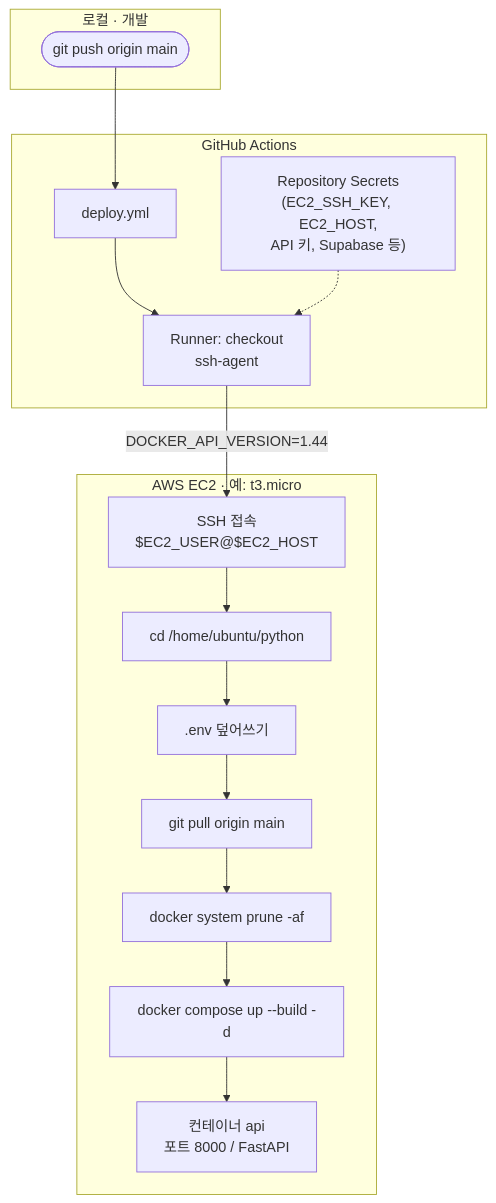
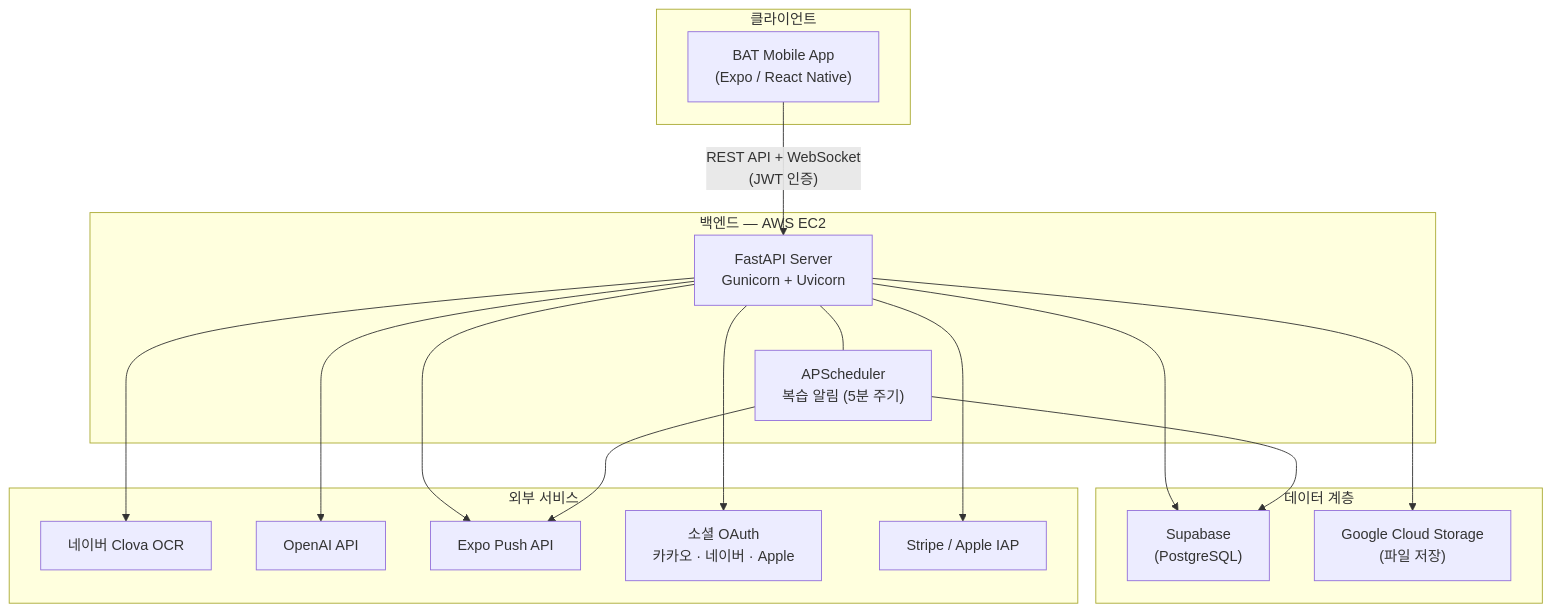
Before and after one commit to Batman-sasac/python: the first of 2 diagrams in README.md, drawn with Mermaid. The commit also changed other lines of this file, not shown here.

````diff
--- a/README.md
+++ b/README.md
@@ -226,28 +39,36 @@
 ```mermaid
 flowchart TB
-  subgraph DEV["로컬 · 개발"]
-    PUSH(["git push origin main"])
+  subgraph Client["클라이언트"]
+    APP["BAT Mobile App\n(Expo / React Native)"]
   end
 
-  subgraph GHA["GitHub Actions"]
-    WF["deploy.yml"]
-    SEC["Repository Secrets\n(EC2_SSH_KEY, EC2_HOST,\nAPI 키, Supabase 등)"]
-    RUN["Runner: checkout\nssh-agent"]
-    WF --> RUN
-    SEC -.-> RUN
+  subgraph Backend["백엔드 — AWS EC2"]
+    API["FastAPI Server\nGunicorn + Uvicorn"]
+    SCH["APScheduler\n복습 알림 (5분 주기)"]
+    API --- SCH
   end
 
-  subgraph EC2["AWS EC2 · 예: t3.micro"]
-    SSH["SSH 접속\n$EC2_USER@$EC2_HOST"]
-    CD["cd /home/ubuntu/python"]
-    ENV[".env 덮어쓰기"]
-    PULL["git pull origin main"]
-    PRUNE["docker system prune -af"]
-    UP["docker compose up --build -d"]
-    SVC["컨테이너 api\n포트 8000 / FastAPI"]
+  subgraph Data["데이터 계층"]
+    DB["Supabase\n(PostgreSQL)"]
+    GCS["Google Cloud Storage\n(파일 저장)"]
   end
 
-  PUSH --> WF
-  RUN -->|DOCKER_API_VERSION=1.44| SSH
-  SSH --> CD --> ENV --> PULL --> PRUNE --> UP --> SVC
+  subgraph External["외부 서비스"]
+    OCR["네이버 Clova OCR"]
+    GPT["OpenAI API"]
+    PUSH["Expo Push API"]
+    OAUTH["소셜 OAuth\n카카오 · 네이버 · Apple"]
+    PAY["Stripe / Apple IAP"]
+  end
+
+  APP -->|"REST API + WebSocket\n(JWT 인증)"| API
+  API --> DB
+  API --> GCS
+  API --> OCR
+  API --> GPT
+  API --> PUSH
+  API --> OAUTH
+  API --> PAY
+  SCH --> DB
+  SCH --> PUSH
 ```
````
